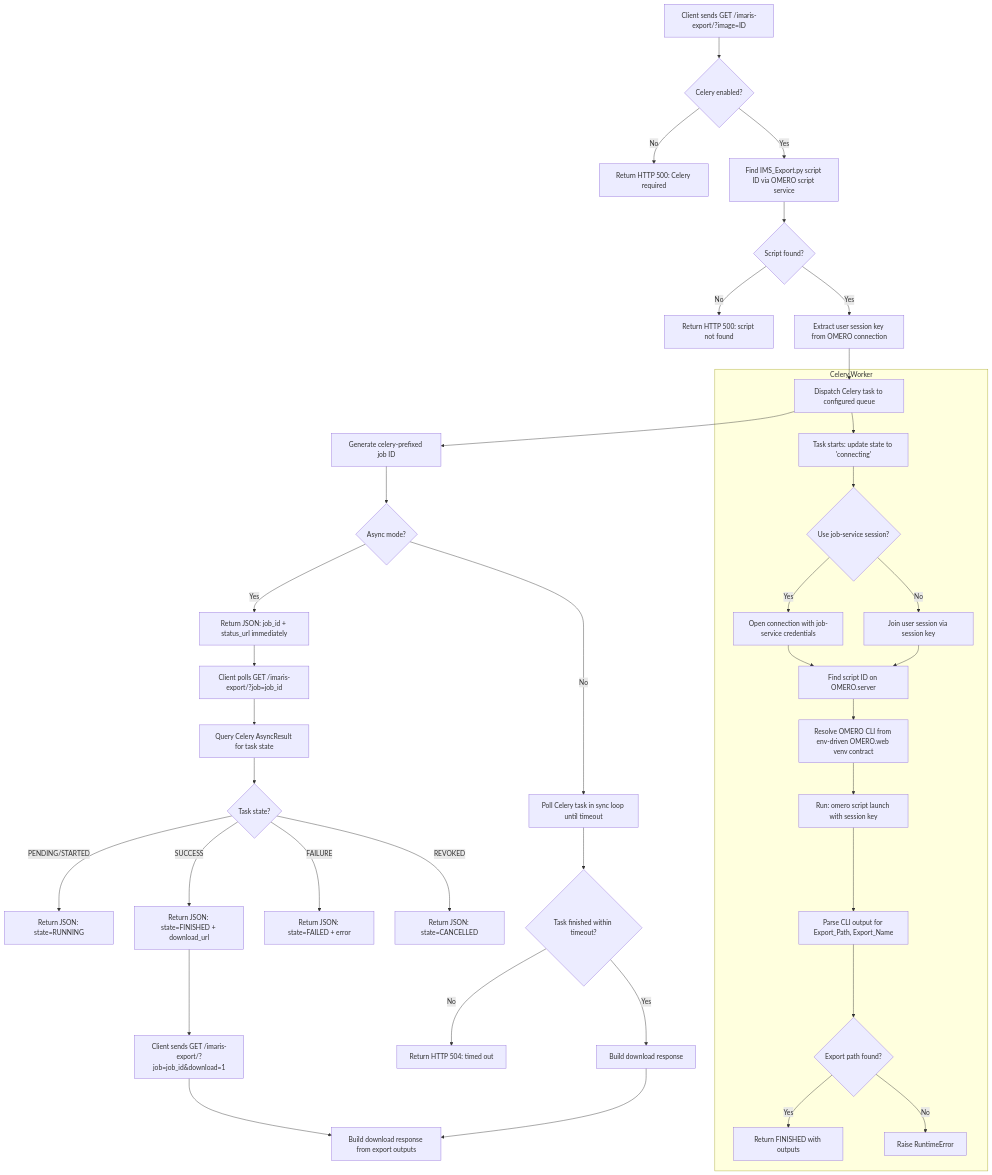
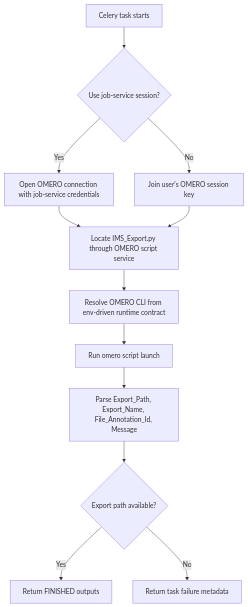
Before and after one commit to ZMB-UZH/omero-docker-extended: the fifth of 9 diagrams in docs/plugins/imaris-connector-workflow.md, drawn with Mermaid. The commit also changed other lines of this file and 55 other files, not shown here.

````diff
--- a/docs/plugins/imaris-connector-workflow.md
+++ b/docs/plugins/imaris-connector-workflow.md
@@ -7,48 +147,14 @@
 ```mermaid
 flowchart TD
-    A[Client sends GET /imaris-export/?image=ID] --> B{Celery enabled?}
-    B -->|No| C[Return HTTP 500: Celery required]
-    B -->|Yes| D[Find IMS_Export.py script ID via OMERO script service]
-
-    D --> E{Script found?}
-    E -->|No| F[Return HTTP 500: script not found]
-    E -->|Yes| G[Extract user session key from OMERO connection]
-
-    G --> H[Dispatch Celery task to configured queue]
-    H --> I[Generate celery-prefixed job ID]
-
-    I --> J{Async mode?}
-    J -->|Yes| K[Return JSON: job_id + status_url immediately]
-    J -->|No| L[Poll Celery task in sync loop until timeout]
-
-    K --> M[Client polls GET /imaris-export/?job=job_id]
-    L --> M2{Task finished within timeout?}
-    M2 -->|No| N[Return HTTP 504: timed out]
-    M2 -->|Yes| O[Build download response]
-
-    M --> P[Query Celery AsyncResult for task state]
-    P --> Q{Task state?}
-    Q -->|PENDING/STARTED| R[Return JSON: state=RUNNING]
-    Q -->|SUCCESS| S[Return JSON: state=FINISHED + download_url]
-    Q -->|FAILURE| T[Return JSON: state=FAILED + error]
-    Q -->|REVOKED| U[Return JSON: state=CANCELLED]
-
-    S --> V[Client sends GET /imaris-export/?job=job_id&download=1]
-    V --> W[Build download response from export outputs]
-    O --> W
-
-    subgraph Celery Worker
-        H --> CW1[Task starts: update state to 'connecting']
-        CW1 --> CW2{Use job-service session?}
-        CW2 -->|Yes| CW3[Open connection with job-service credentials]
-        CW2 -->|No| CW4[Join user session via session key]
-        CW3 --> CW5[Find script ID on OMERO.server]
-        CW4 --> CW5
-        CW5 --> CW6[Resolve OMERO CLI from env-driven OMERO.web venv contract]
-        CW6 --> CW7[Run: omero script launch with session key]
-        CW7 --> CW8[Parse CLI output for Export_Path, Export_Name]
-        CW8 --> CW9{Export path found?}
-        CW9 -->|Yes| CW10[Return FINISHED with outputs]
-        CW9 -->|No| CW11[Raise RuntimeError]
-    end
+    A[Celery task starts] --> B{Use job-service session?}
+    B -->|Yes| C[Open OMERO connection with job-service credentials]
+    B -->|No| D[Join user's OMERO session key]
+    C --> E[Locate IMS_Export.py through OMERO script service]
+    D --> E
+    E --> F[Resolve OMERO CLI from env-driven runtime contract]
+    F --> G[Run omero script launch]
+    G --> H[Parse Export_Path, Export_Name, File_Annotation_Id, Message]
+    H --> I{Export path available?}
+    I -->|Yes| J[Return FINISHED outputs]
+    I -->|No| K[Return task failure metadata]
 ```
````
